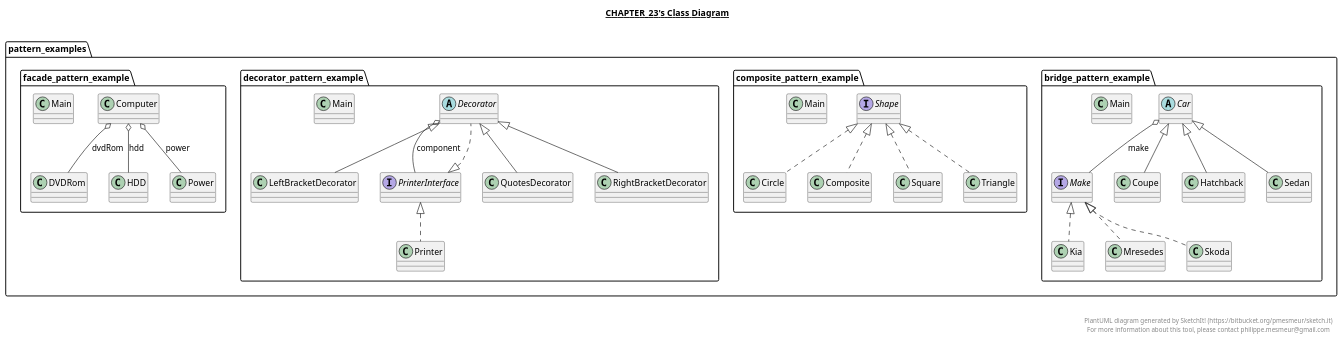
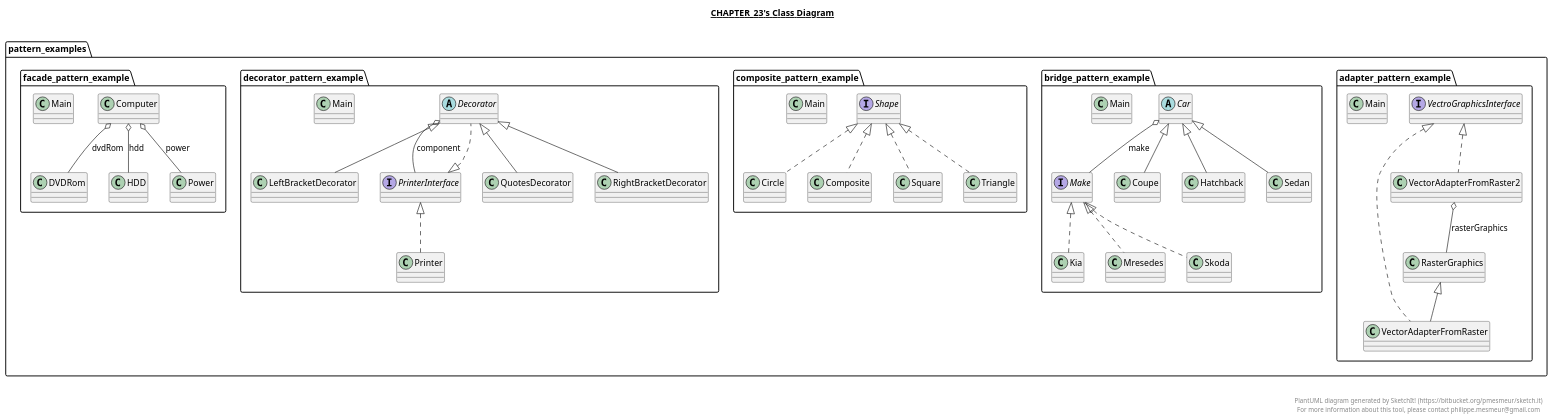
The diagram in Chapter_23.plantuml (ilyasikirytski/Chapter_23), drawn with PlantUML before and after one commit. The commit also changed 6 other files, not shown here.

Commit message:
adapter_pattern_example

```diff
--- a/Chapter_23.plantuml
+++ b/Chapter_23.plantuml
@@ -1,6 +1,36 @@
 @startuml
 
 title __CHAPTER_23's Class Diagram__\n
+
+  namespace pattern_examples.adapter_pattern_example {
+    class pattern_examples.adapter_pattern_example.Main {
+    }
+  }
+  
+
+  namespace pattern_examples.adapter_pattern_example {
+    class pattern_examples.adapter_pattern_example.RasterGraphics {
+    }
+  }
+  
+
+  namespace pattern_examples.adapter_pattern_example {
+    class pattern_examples.adapter_pattern_example.VectorAdapterFromRaster {
+    }
+  }
+  
+
+  namespace pattern_examples.adapter_pattern_example {
+    class pattern_examples.adapter_pattern_example.VectorAdapterFromRaster2 {
+    }
+  }
+  
+
+  namespace pattern_examples.adapter_pattern_example {
+    interface pattern_examples.adapter_pattern_example.VectroGraphicsInterface {
+    }
+  }
+  
 
   namespace pattern_examples.bridge_pattern_example {
     abstract class pattern_examples.bridge_pattern_example.Car {
@@ -164,6 +194,10 @@
   }
   
 
+  pattern_examples.adapter_pattern_example.VectorAdapterFromRaster .up.|> pattern_examples.adapter_pattern_example.VectroGraphicsInterface
+  pattern_examples.adapter_pattern_example.VectorAdapterFromRaster -up-|> pattern_examples.adapter_pattern_example.RasterGraphics
+  pattern_examples.adapter_pattern_example.VectorAdapterFromRaster2 .up.|> pattern_examples.adapter_pattern_example.VectroGraphicsInterface
+  pattern_examples.adapter_pattern_example.VectorAdapterFromRaster2 o-- pattern_examples.adapter_pattern_example.RasterGraphics : rasterGraphics
   pattern_examples.bridge_pattern_example.Car o-- pattern_examples.bridge_pattern_example.Make : make
   pattern_examples.bridge_pattern_example.Coupe -up-|> pattern_examples.bridge_pattern_example.Car
   pattern_examples.bridge_pattern_example.Hatchback -up-|> pattern_examples.bridge_pattern_example.Car
```
